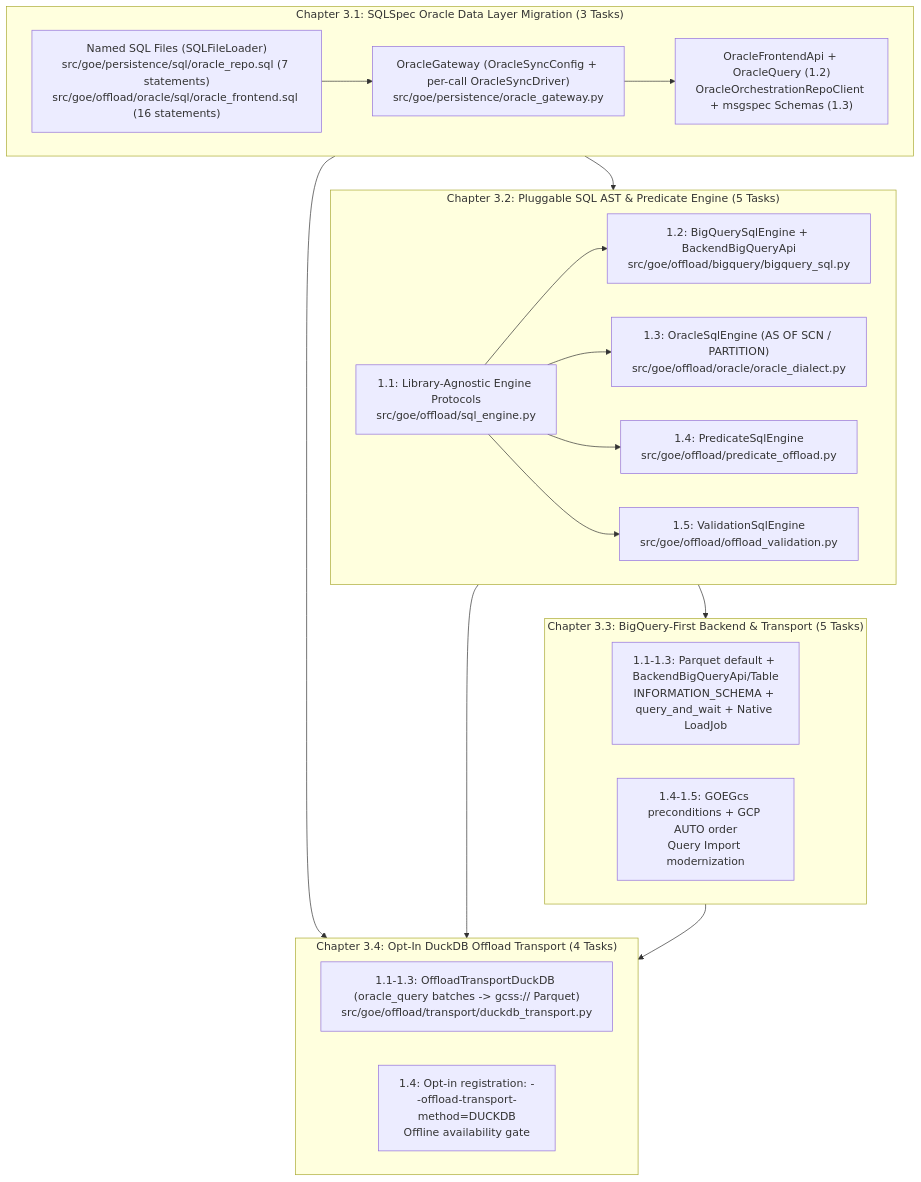
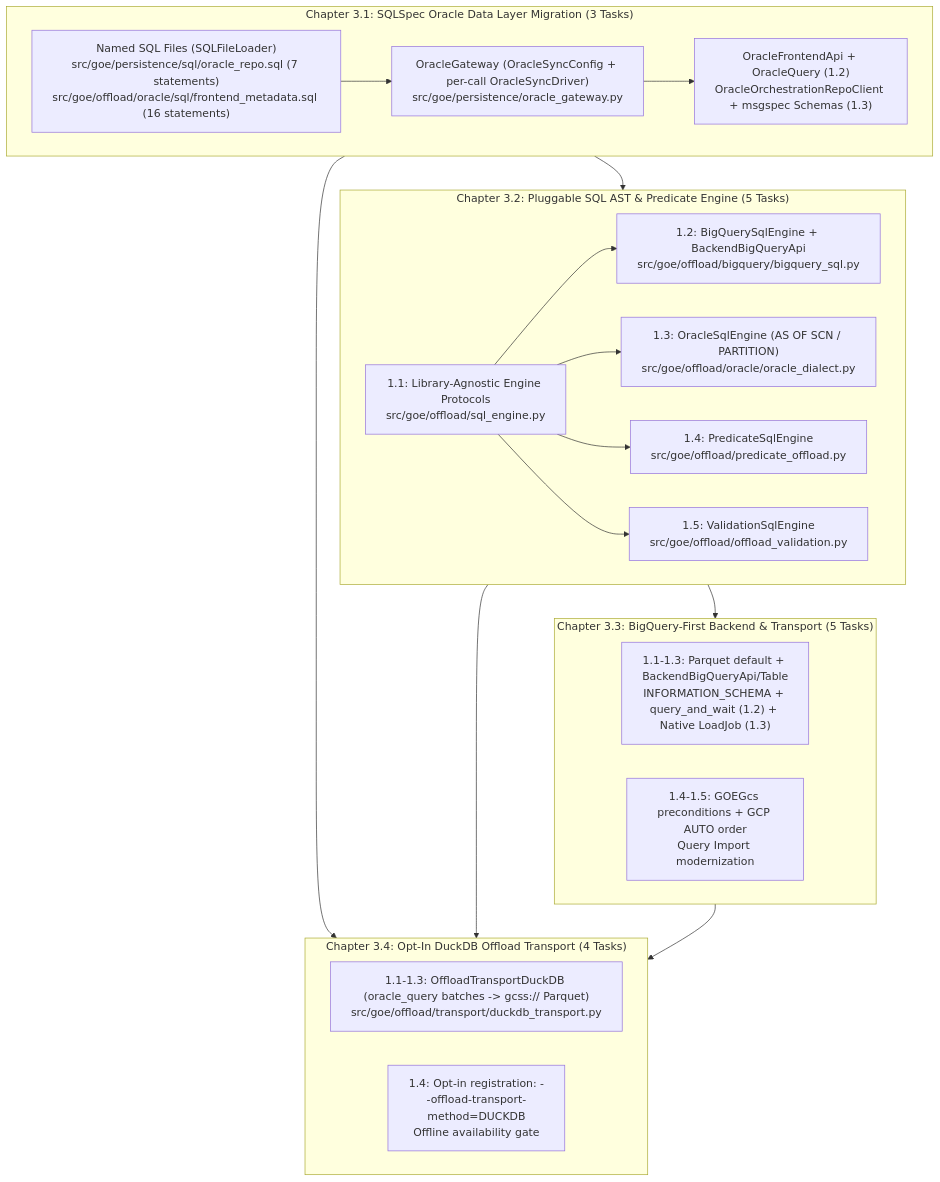
Before and after one commit to cofin/goe: the diagram in .agents/bundles/specs/prd_03_sqlspec_bigquery_and_duckdb_engine_20261010/spec.md, drawn with Mermaid. The commit also changed other lines of this file and 74 other files, not shown here.

````diff
--- a/.agents/bundles/specs/prd_03_sqlspec_bigquery_and_duckdb_engine_20261010/spec.md
+++ b/.agents/bundles/specs/prd_03_sqlspec_bigquery_and_duckdb_engine_20261010/spec.md
@@ -48,37 +48,37 @@
 ```mermaid
 flowchart TD
     subgraph Ch3_1["Chapter 3.1: SQLSpec Oracle Data Layer Migration (3 Tasks)"]
-        SQLFiles["Named SQL Files (SQLFileLoader)\nsrc/goe/persistence/sql/oracle_repo.sql (7 statements)\nsrc/goe/offload/oracle/sql/oracle_frontend.sql (16 statements)"]
+        SQLFiles["Named SQL Files (SQLFileLoader)\nsrc/goe/persistence/sql/oracle_repo.sql (7 statements)\nsrc/goe/offload/oracle/sql/frontend_metadata.sql (16 statements)"]
         OraGateway["OracleGateway (OracleSyncConfig + per-call OracleSyncDriver)\nsrc/goe/persistence/oracle_gateway.py"]
         RepoClient["OracleFrontendApi + OracleQuery (1.2)\nOracleOrchestrationRepoClient + msgspec Schemas (1.3)"]
         SQLFiles --> OraGateway --> RepoClient
     end
 
     subgraph Ch3_2["Chapter 3.2: Pluggable SQL AST & Predicate Engine (5 Tasks)"]
         Protocols["1.1: Library-Agnostic Engine Protocols\nsrc/goe/offload/sql_engine.py"]
         BQSql["1.2: BigQuerySqlEngine + BackendBigQueryApi\nsrc/goe/offload/bigquery/bigquery_sql.py"]
         OraDial["1.3: OracleSqlEngine (AS OF SCN / PARTITION)\nsrc/goe/offload/oracle/oracle_dialect.py"]
         PredAST["1.4: PredicateSqlEngine\nsrc/goe/offload/predicate_offload.py"]
         AggVal["1.5: ValidationSqlEngine\nsrc/goe/offload/offload_validation.py"]
         Protocols --> BQSql
         Protocols --> OraDial
         Protocols --> PredAST
         Protocols --> AggVal
     end
 
     subgraph Ch3_3["Chapter 3.3: BigQuery-First Backend & Transport (5 Tasks)"]
-        BQSpec["1.1-1.3: Parquet default + BackendBigQueryApi/Table\nINFORMATION_SCHEMA + query_and_wait + Native LoadJob"]
+        BQSpec["1.1-1.3: Parquet default + BackendBigQueryApi/Table\nINFORMATION_SCHEMA + query_and_wait (1.2) + Native LoadJob (1.3)"]
         GcsTransport["1.4-1.5: GOEGcs preconditions + GCP AUTO order\nQuery Import modernization"]
     end
 
     subgraph Ch3_4["Chapter 3.4: Opt-In DuckDB Offload Transport (4 Tasks)"]
         DuckTrans["1.1-1.3: OffloadTransportDuckDB (oracle_query batches -> gcss:// Parquet)\nsrc/goe/offload/transport/duckdb_transport.py"]
         OptIn["1.4: Opt-in registration: --offload-transport-method=DUCKDB\nOffline availability gate"]
     end
 
     Ch3_1 --> Ch3_2
     Ch3_2 --> Ch3_3
     Ch3_1 --> Ch3_4
     Ch3_2 --> Ch3_4
     Ch3_3 --> Ch3_4
 ```
````
